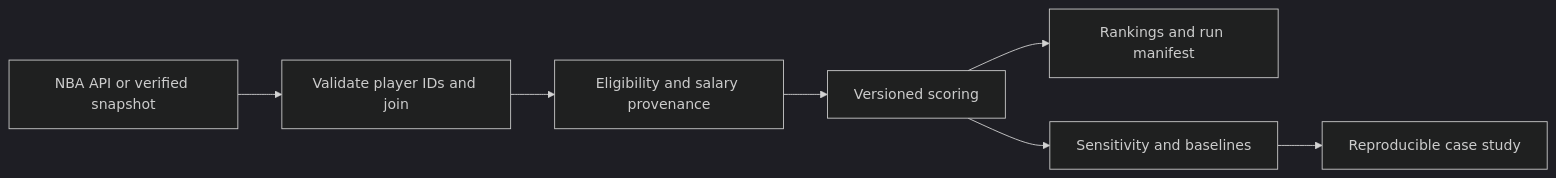
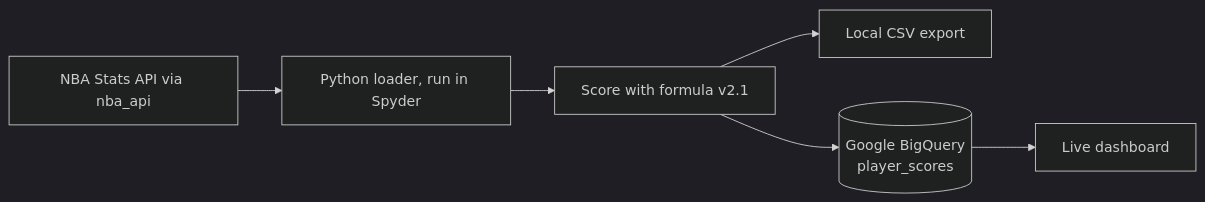
Before and after one commit to joebakken21/nba-underrated-score: the diagram in README.md, drawn with Mermaid (dark theme). The commit also changed other lines of this file and 5 other files, not shown here.

First line of the commit message:
Add live 2026-27 v2.1 pipeline, BigQuery loader and dashboard docs

````diff
--- a/README.md
+++ b/README.md
@@ -83,9 +52,8 @@
 ```mermaid
 flowchart LR
-    A[NBA API or verified snapshot] --> B[Validate player IDs and join]
-    B --> C[Eligibility and salary provenance]
-    C --> D[Versioned scoring]
-    D --> E[Rankings and run manifest]
-    D --> F[Sensitivity and baselines]
-    F --> G[Reproducible case study]
+    A[NBA Stats API via nba_api] --> B[Python loader, run in Spyder]
+    B --> C[Score with formula v2.1]
+    C --> D[Local CSV export]
+    C --> E[(Google BigQuery<br/>player_scores)]
+    E --> F[Live dashboard]
 ```
````
